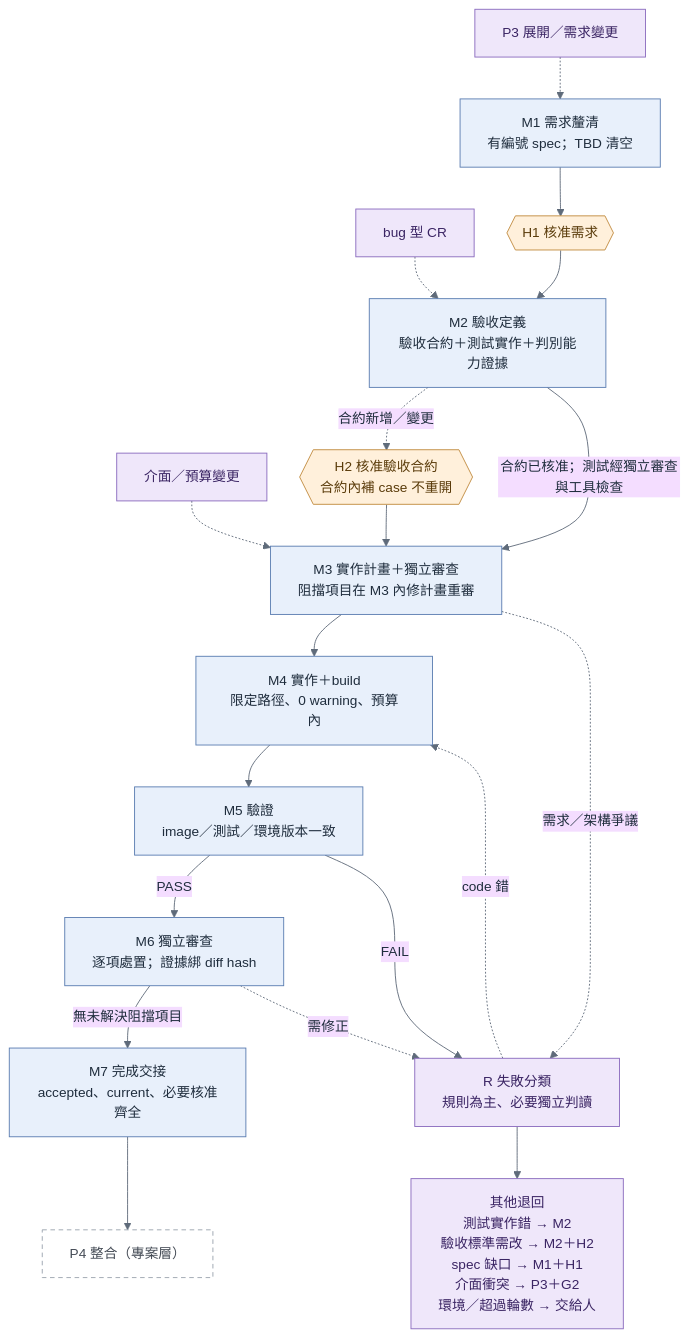
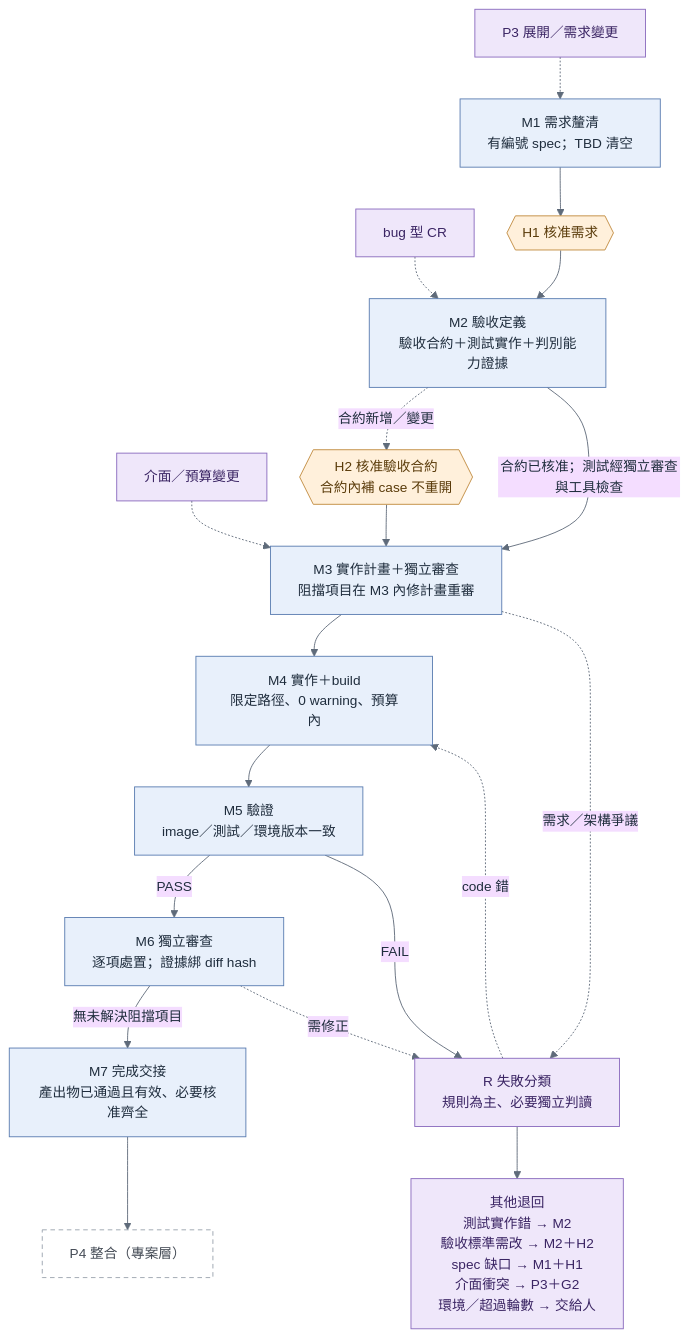
Before and after one commit to kevintsou/glados: the diagram in diagrams/glados_module_flow.mmd, drawn with Mermaid. The commit also changed 34 other files, not shown here.

```diff
--- a/diagrams/glados_module_flow.mmd
+++ b/diagrams/glados_module_flow.mmd
@@ -1,24 +1,24 @@
 %%{init: {"theme":"base","themeVariables":{"fontSize":"15px","lineColor":"#5F6B7A","primaryTextColor":"#1F2D3D"},"flowchart":{"curve":"basis","nodeSpacing":36,"rankSpacing":46,"htmlLabels":true}}}%%
 flowchart TD
   IN1["P3 展開／需求變更"]:::route -.-> M1
   IN2["bug 型 CR"]:::route -.-> M2
   IN3["介面／預算變更"]:::route -.-> M3
   M1["M1 需求釐清<br/>有編號 spec；TBD 清空"]:::exec --> H1{{"H1 核准需求"}}:::human
   H1 --> M2["M2 驗收定義<br/>驗收合約＋測試實作＋判別能力證據"]:::exec
   M2 -. "合約新增／變更" .-> H2{{"H2 核准驗收合約<br/>合約內補 case 不重開"}}:::human
   H2 --> M3
   M2 -->|"合約已核准；測試經獨立審查與工具檢查"| M3["M3 實作計畫＋獨立審查<br/>阻擋項目在 M3 內修計畫重審"]:::exec
   M3 --> M4["M4 實作＋build<br/>限定路徑、0 warning、預算內"]:::exec
   M4 --> M5["M5 驗證<br/>image／測試／環境版本一致"]:::exec
   M5 -->|PASS| M6["M6 獨立審查<br/>逐項處置；證據綁 diff hash"]:::exec
-  M6 -->|"無未解決阻擋項目"| M7["M7 完成交接<br/>accepted、current、必要核准齊全"]:::exec
+  M6 -->|"無未解決阻擋項目"| M7["M7 完成交接<br/>產出物已通過且有效、必要核准齊全"]:::exec
   M7 --> P4["P4 整合（專案層）"]:::note
   M5 -->|FAIL| R["R 失敗分類<br/>規則為主、必要獨立判讀"]:::route
   M6 -. "需修正" .-> R
   M3 -. "需求／架構爭議" .-> R
   R -. "code 錯" .-> M4
   R --> OTHER["其他退回<br/>測試實作錯 → M2<br/>驗收標準需改 → M2＋H2<br/>spec 缺口 → M1＋H1<br/>介面衝突 → P3＋G2<br/>環境／超過輪數 → 交給人"]:::route
   classDef exec fill:#E8F0FB,stroke:#5B7DB1,color:#1F2D3D;
   classDef human fill:#FFF0DB,stroke:#C08A3E,color:#5A3B0A;
   classDef route fill:#EFE7FA,stroke:#8A6BBE,color:#3A2463;
   classDef note fill:#FFFFFF,stroke:#9AA3AE,stroke-dasharray:5 4,color:#444B55;
```
